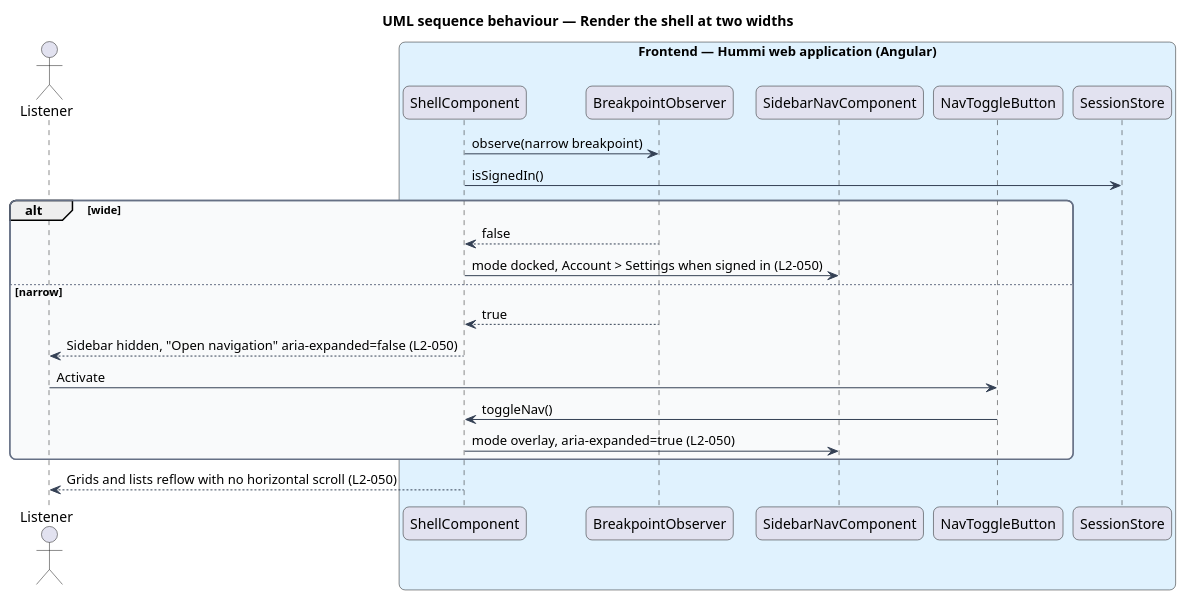
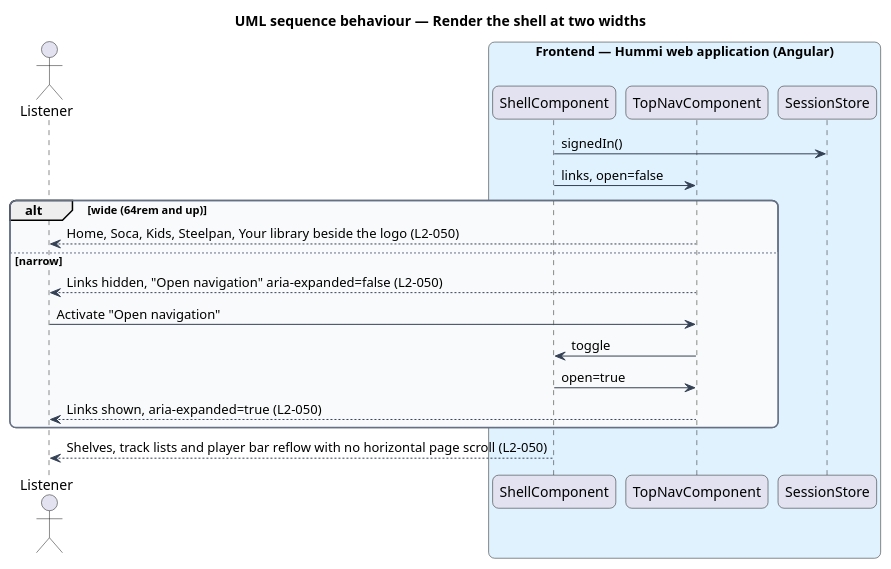
One commit to QuinntyneBrown/hummi changed the diagram in docs/detailed-designs/interface/responsive-shell/diagrams/sequence-shell.puml. Above: the diagram before and after it, drawn with PlantUML. The commit also changed 39 other files, not shown here.

```diff
--- a/docs/detailed-designs/interface/responsive-shell/diagrams/sequence-shell.puml
+++ b/docs/detailed-designs/interface/responsive-shell/diagrams/sequence-shell.puml
@@ -1,38 +1,35 @@
 @startuml
 title UML sequence behaviour — Render the shell at two widths
 skinparam backgroundColor #FFFFFF
 skinparam shadowing false
 skinparam roundcorner 12
 skinparam defaultFontName Arial
 skinparam ArrowColor #344054
 skinparam rectangle {
   BorderColor #344054
   FontColor #101828
 }
 skinparam package {
   BorderColor #667085
   FontColor #101828
   BackgroundColor #F9FAFB
 }
 actor "Listener" as u
 box "Frontend — Hummi web application (Angular)" #E0F2FE
   participant "ShellComponent" as shell
-  participant "BreakpointObserver" as bp
-  participant "SidebarNavComponent" as nav
-  participant "NavToggleButton" as toggle
+  participant "TopNavComponent" as nav
   participant "SessionStore" as session
 end box
-shell -> bp : observe(narrow breakpoint)
-shell -> session : isSignedIn()
-alt wide
-  bp --> shell : false
-  shell -> nav : mode docked, Account > Settings when signed in (L2-050)
+shell -> session : signedIn()
+shell -> nav : links, open=false
+alt wide (64rem and up)
+  nav --> u : Home, Soca, Kids, Steelpan, Your library beside the logo (L2-050)
 else narrow
-  bp --> shell : true
-  shell --> u : Sidebar hidden, "Open navigation" aria-expanded=false (L2-050)
-  u -> toggle : Activate
-  toggle -> shell : toggleNav()
-  shell -> nav : mode overlay, aria-expanded=true (L2-050)
+  nav --> u : Links hidden, "Open navigation" aria-expanded=false (L2-050)
+  u -> nav : Activate "Open navigation"
+  nav -> shell : toggle
+  shell -> nav : open=true
+  nav --> u : Links shown, aria-expanded=true (L2-050)
 end
-shell --> u : Grids and lists reflow with no horizontal scroll (L2-050)
+shell --> u : Shelves, track lists and player bar reflow with no horizontal page scroll (L2-050)
 @enduml
```
